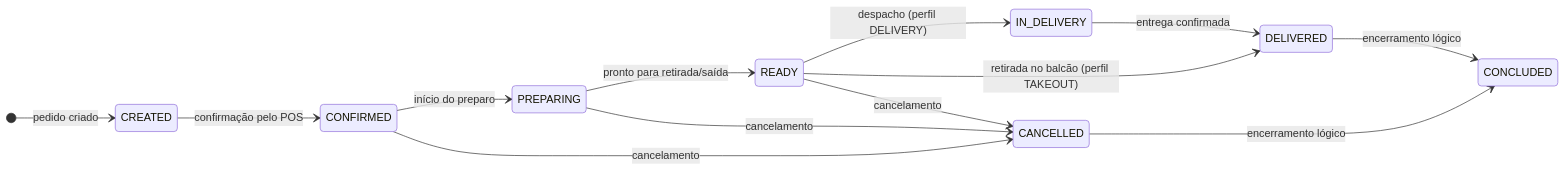
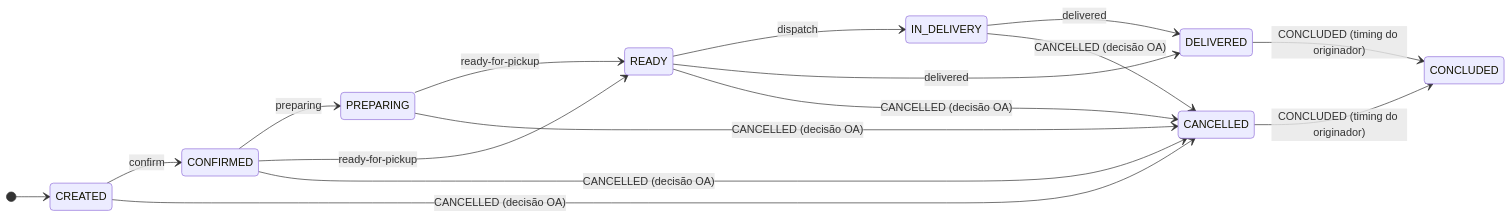
The second of 8 diagrams in docs/protocol/orders.md (Abrasel-Nacional/opendelivery-v2), drawn with Mermaid before and after one commit. The commit also changed other lines of this file and 230 other files, not shown here.

````diff
--- a/docs/protocol/orders.md
+++ b/docs/protocol/orders.md
@@ -83,16 +161,19 @@
 ```mermaid
 stateDiagram-v2
-    direction LR
-    [*] --> CREATED : pedido criado
-    CREATED --> CONFIRMED : confirmação pelo POS
-    CONFIRMED --> PREPARING : início do preparo
-    PREPARING --> READY : pronto para retirada/saída
-    READY --> IN_DELIVERY : despacho (perfil DELIVERY)
-    IN_DELIVERY --> DELIVERED : entrega confirmada
-    READY --> DELIVERED : retirada no balcão (perfil TAKEOUT)
-    CONFIRMED --> CANCELLED : cancelamento
-    PREPARING --> CANCELLED : cancelamento
-    READY --> CANCELLED : cancelamento
-    DELIVERED --> CONCLUDED : encerramento lógico
-    CANCELLED --> CONCLUDED : encerramento lógico
+ direction LR
+ [*] --> CREATED
+ CREATED --> CONFIRMED: confirm
+ CONFIRMED --> PREPARING: preparing
+ PREPARING --> READY: ready-for-pickup
+ CONFIRMED --> READY: ready-for-pickup
+ READY --> IN_DELIVERY: dispatch
+ READY --> DELIVERED: delivered
+ IN_DELIVERY --> DELIVERED: delivered
+ CREATED --> CANCELLED: CANCELLED (decisão OA)
+ CONFIRMED --> CANCELLED: CANCELLED (decisão OA)
+ PREPARING --> CANCELLED: CANCELLED (decisão OA)
+ READY --> CANCELLED: CANCELLED (decisão OA)
+ IN_DELIVERY --> CANCELLED: CANCELLED (decisão OA)
+ DELIVERED --> CONCLUDED: CONCLUDED (timing do originador)
+ CANCELLED --> CONCLUDED: CONCLUDED (timing do originador)
 ```
````
